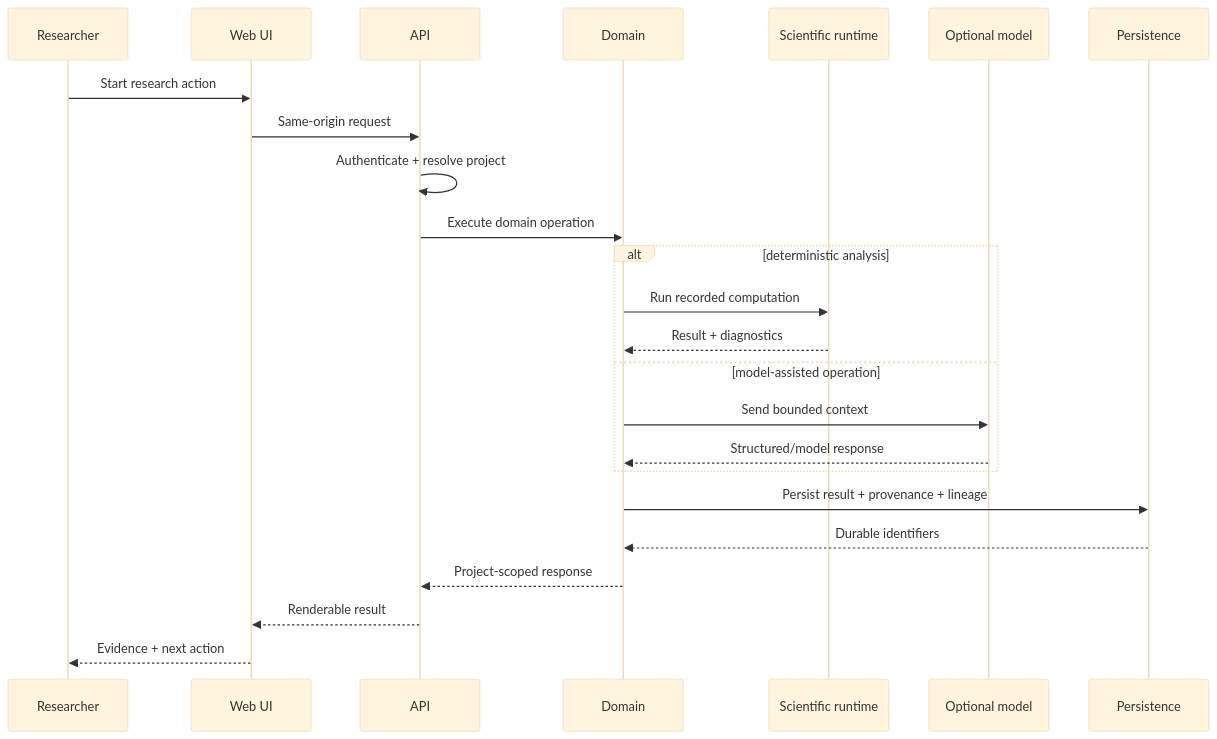
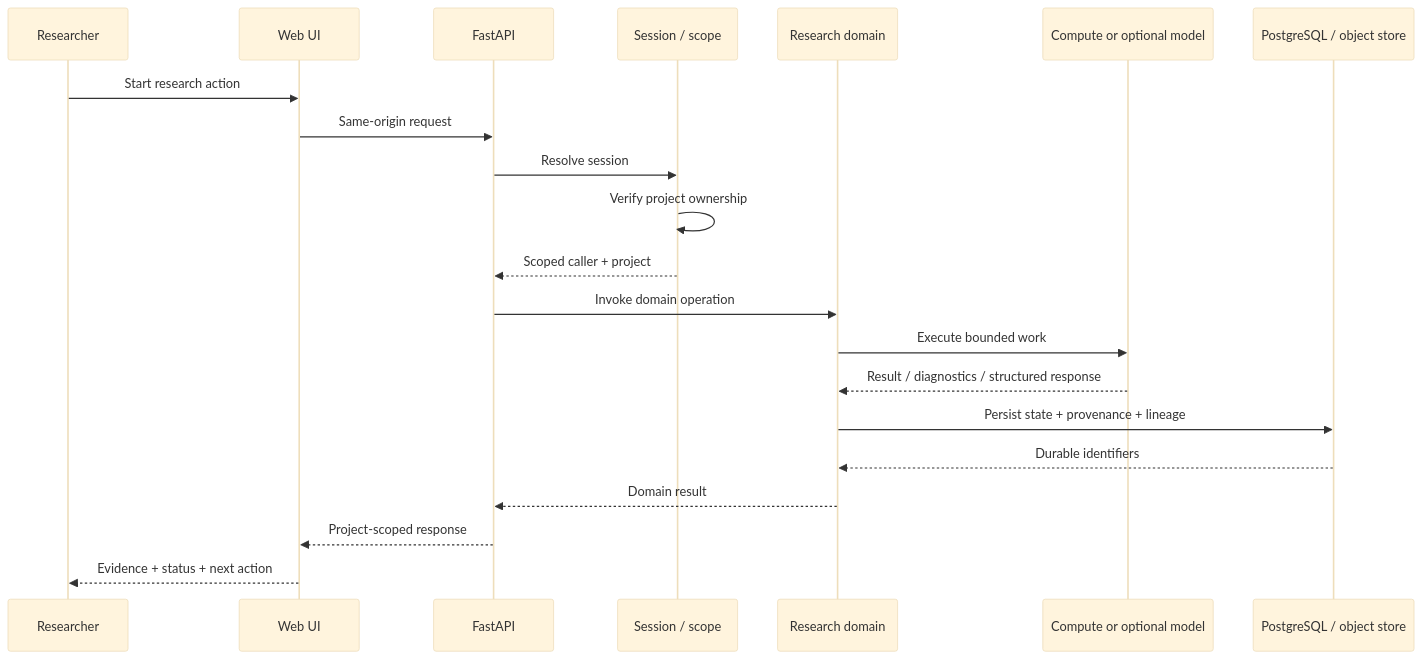
The seventh of 31 diagrams in README.md (SarthakPattnaik1/throughline-os), drawn with Mermaid (base theme) before and after one commit. The commit also changed other lines of this file, not shown here.

````diff
--- a/README.md
+++ b/README.md
@@ -269,27 +459,24 @@
 ```mermaid
 sequenceDiagram
     participant R as Researcher
     participant W as Web UI
-    participant A as API
-    participant D as Domain
-    participant S as Scientific runtime
-    participant M as Optional model
-    participant P as Persistence
+    participant A as FastAPI
+    participant S as Session / scope
+    participant D as Research domain
+    participant C as Compute or optional model
+    participant P as PostgreSQL / object store
 
     R->>W: Start research action
     W->>A: Same-origin request
-    A->>A: Authenticate + resolve project
-    A->>D: Execute domain operation
-    alt deterministic analysis
-        D->>S: Run recorded computation
-        S-->>D: Result + diagnostics
-    else model-assisted operation
-        D->>M: Send bounded context
-        M-->>D: Structured/model response
-    end
-    D->>P: Persist result + provenance + lineage
+    A->>S: Resolve session
+    S->>S: Verify project ownership
+    S-->>A: Scoped caller + project
+    A->>D: Invoke domain operation
+    D->>C: Execute bounded work
+    C-->>D: Result / diagnostics / structured response
+    D->>P: Persist state + provenance + lineage
     P-->>D: Durable identifiers
-    D-->>A: Project-scoped response
-    A-->>W: Renderable result
-    W-->>R: Evidence + next action
+    D-->>A: Domain result
+    A-->>W: Project-scoped response
+    W-->>R: Evidence + status + next action
 ```
````
